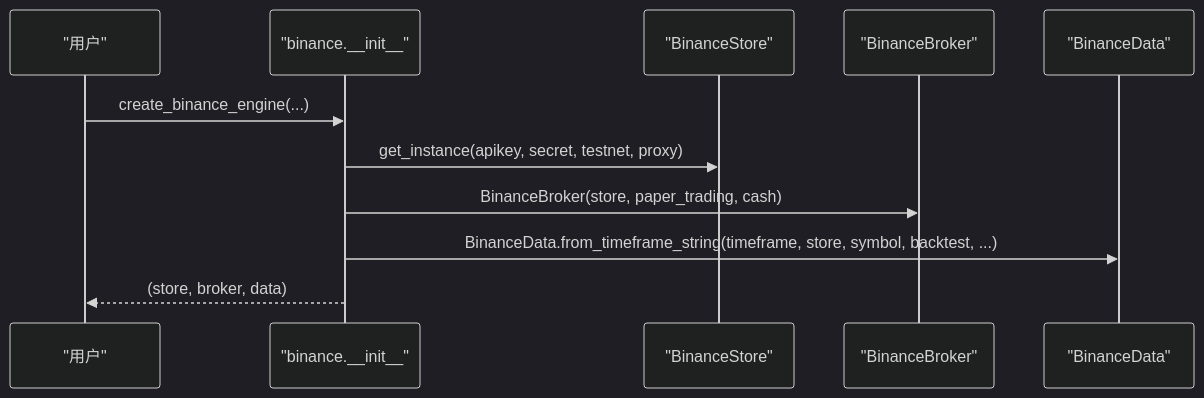
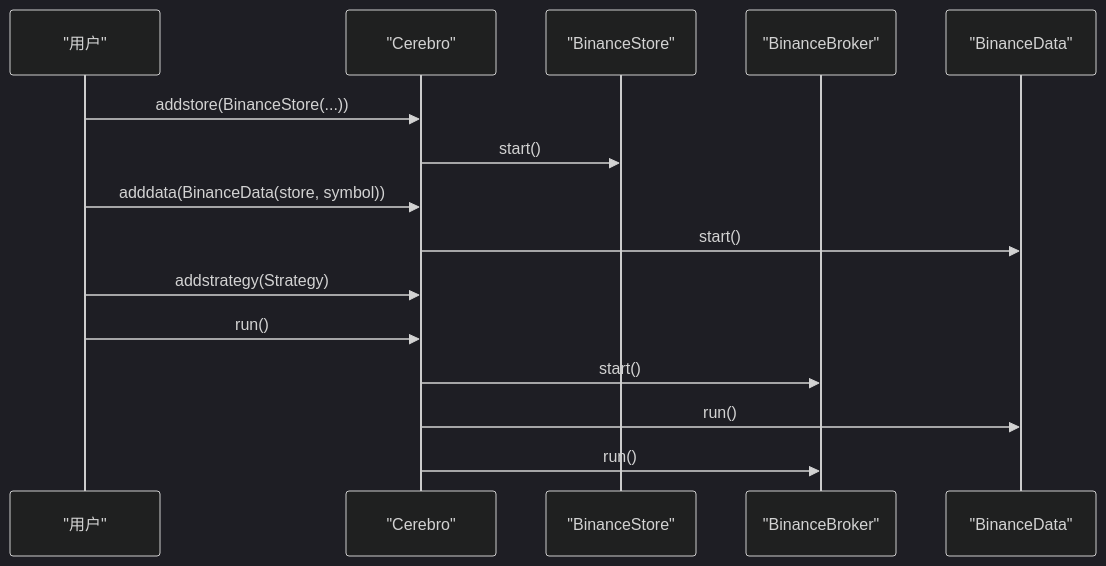
The seventh of 8 diagrams in .qoder/repowiki/zh/content/实盘交易模块/架构设计概览.md (bench-prog/backtrader), drawn with Mermaid (dark theme) before and after one commit. The commit also changed other lines of this file and 23 other files, not shown here.

````diff
--- a/.qoder/repowiki/zh/content/实盘交易模块/架构设计概览.md
+++ b/.qoder/repowiki/zh/content/实盘交易模块/架构设计概览.md
@@ -377,13 +304,17 @@
 ```mermaid
 sequenceDiagram
 participant User as "用户"
-participant Init as "binance.__init__"
+participant Cerebro as "Cerebro"
 participant Store as "BinanceStore"
 participant Broker as "BinanceBroker"
 participant Data as "BinanceData"
-User->>Init : create_binance_engine(...)
-Init->>Store : get_instance(apikey, secret, testnet, proxy)
-Init->>Broker : BinanceBroker(store, paper_trading, cash)
-Init->>Data : BinanceData.from_timeframe_string(timeframe, store, symbol, backtest, ...)
-Init-->>User : (store, broker, data)
+User->>Cerebro : addstore(BinanceStore(...))
+Cerebro->>Store : start()
+User->>Cerebro : adddata(BinanceData(store, symbol))
+Cerebro->>Data : start()
+User->>Cerebro : addstrategy(Strategy)
+User->>Cerebro : run()
+Cerebro->>Broker : start()
+Cerebro->>Data : run()
+Cerebro->>Broker : run()
 ```
````
